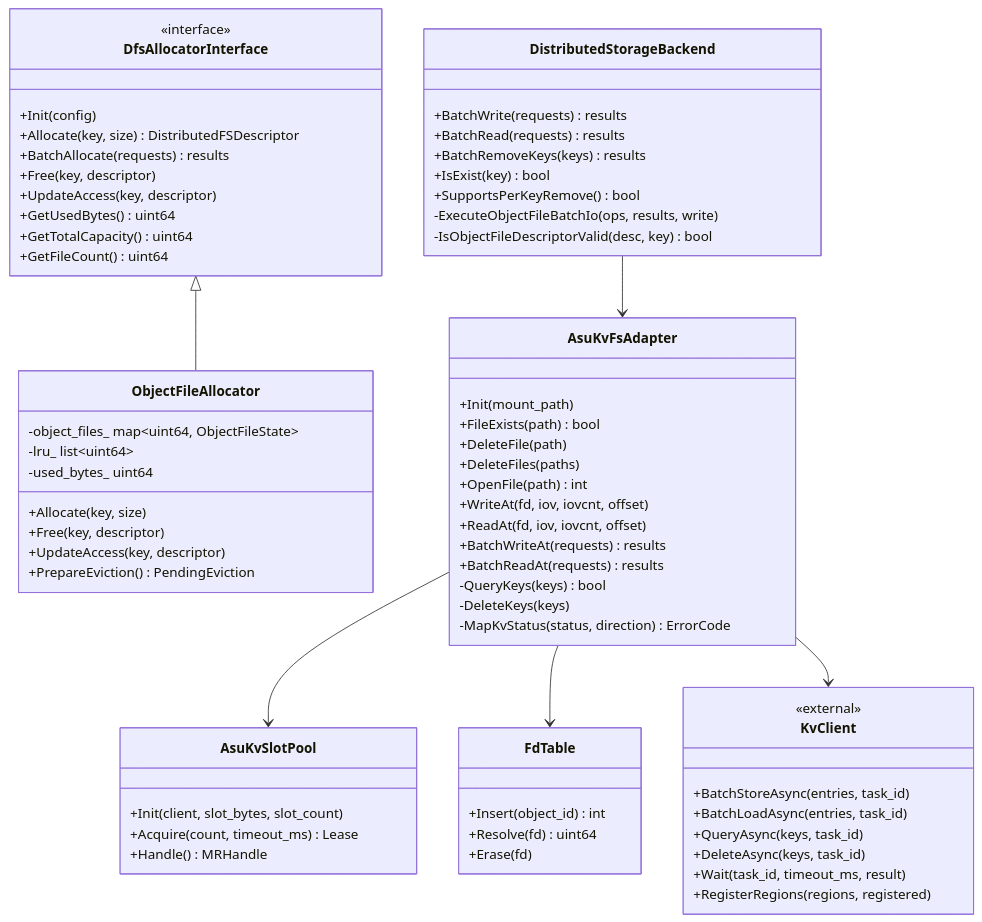
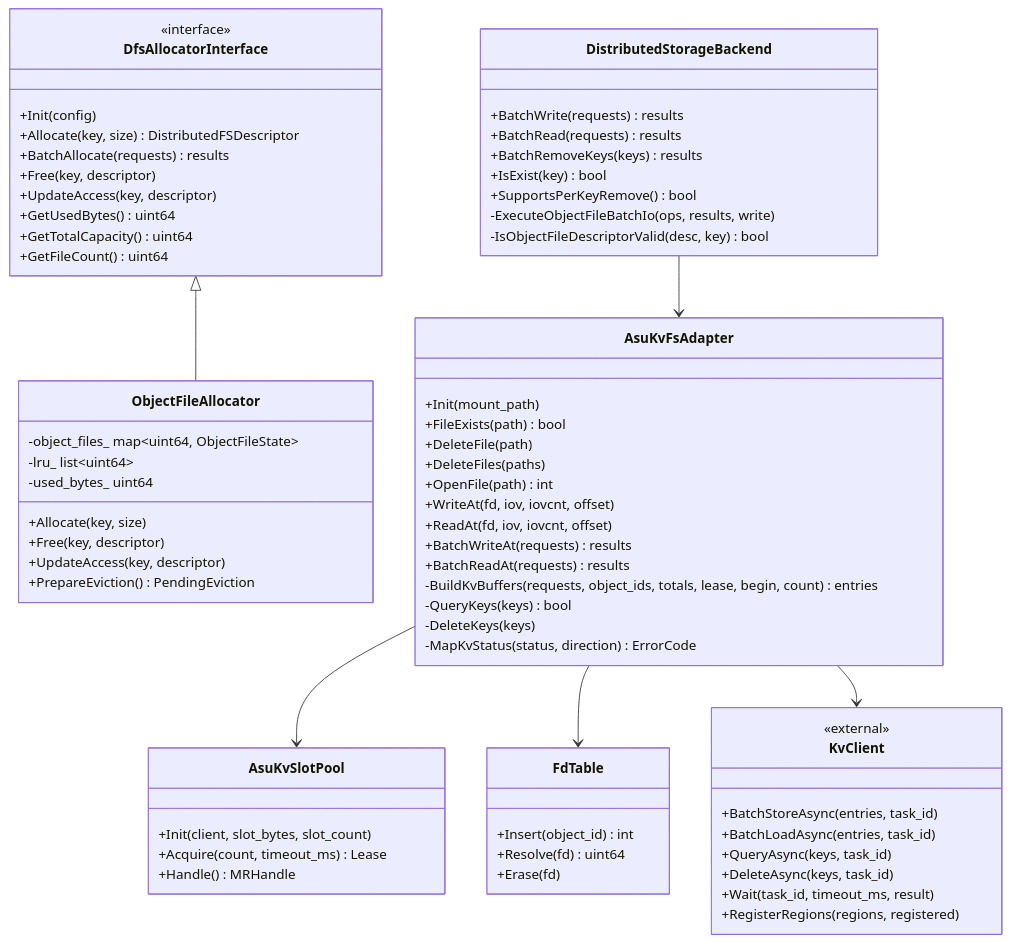
The second of 9 diagrams in asu-dfs-per-object-file-design.md (zwj20000328-dotcom/Mooncake-documents), drawn with Mermaid before and after one commit. The commit also changed other lines of this file, not shown here.

Commit message:
modified:   asu-dfs-per-object-file-design.md

````diff
--- a/asu-dfs-per-object-file-design.md
+++ b/asu-dfs-per-object-file-design.md
@@ -130,77 +86,78 @@
 ```mermaid
 classDiagram
     class DfsAllocatorInterface {
         <<interface>>
         +Init(config)
         +Allocate(key, size) DistributedFSDescriptor
         +BatchAllocate(requests) results
         +Free(key, descriptor)
         +UpdateAccess(key, descriptor)
         +GetUsedBytes() uint64
         +GetTotalCapacity() uint64
         +GetFileCount() uint64
     }
 
     class ObjectFileAllocator {
         +Allocate(key, size)
         +Free(key, descriptor)
         +UpdateAccess(key, descriptor)
         +PrepareEviction() PendingEviction
         -object_files_ map~uint64, ObjectFileState~
         -lru_ list~uint64~
         -used_bytes_ uint64
     }
 
     class DistributedStorageBackend {
         +BatchWrite(requests) results
         +BatchRead(requests) results
         +BatchRemoveKeys(keys) results
         +IsExist(key) bool
         +SupportsPerKeyRemove() bool
         -ExecuteObjectFileBatchIo(ops, results, write)
         -IsObjectFileDescriptorValid(desc, key) bool
     }
 
     class AsuKvFsAdapter {
         +Init(mount_path)
         +FileExists(path) bool
         +DeleteFile(path)
         +DeleteFiles(paths)
         +OpenFile(path) int
         +WriteAt(fd, iov, iovcnt, offset)
         +ReadAt(fd, iov, iovcnt, offset)
         +BatchWriteAt(requests) results
         +BatchReadAt(requests) results
+        -BuildKvBuffers(requests, object_ids, totals, lease, begin, count) entries
         -QueryKeys(keys) bool
         -DeleteKeys(keys)
         -MapKvStatus(status, direction) ErrorCode
     }
 
     class AsuKvSlotPool {
         +Init(client, slot_bytes, slot_count)
         +Acquire(count, timeout_ms) Lease
         +Handle() MRHandle
     }
 
     class FdTable {
         +Insert(object_id) int
         +Resolve(fd) uint64
         +Erase(fd)
     }
 
     class KvClient {
         <<external>>
         +BatchStoreAsync(entries, task_id)
         +BatchLoadAsync(entries, task_id)
         +QueryAsync(keys, task_id)
         +DeleteAsync(keys, task_id)
         +Wait(task_id, timeout_ms, result)
         +RegisterRegions(regions, registered)
     }
 
     DfsAllocatorInterface <|-- ObjectFileAllocator
     DistributedStorageBackend --> AsuKvFsAdapter
     AsuKvFsAdapter --> AsuKvSlotPool
     AsuKvFsAdapter --> FdTable
     AsuKvFsAdapter --> KvClient
 ```
````
